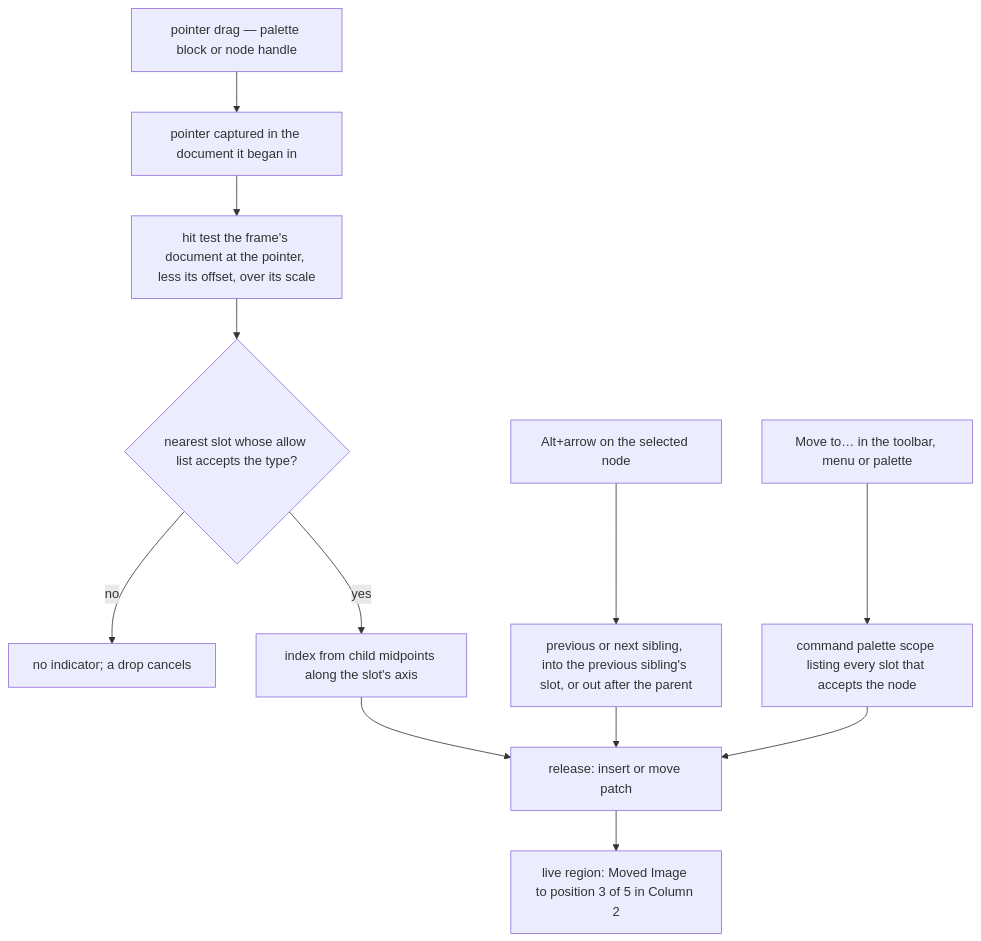
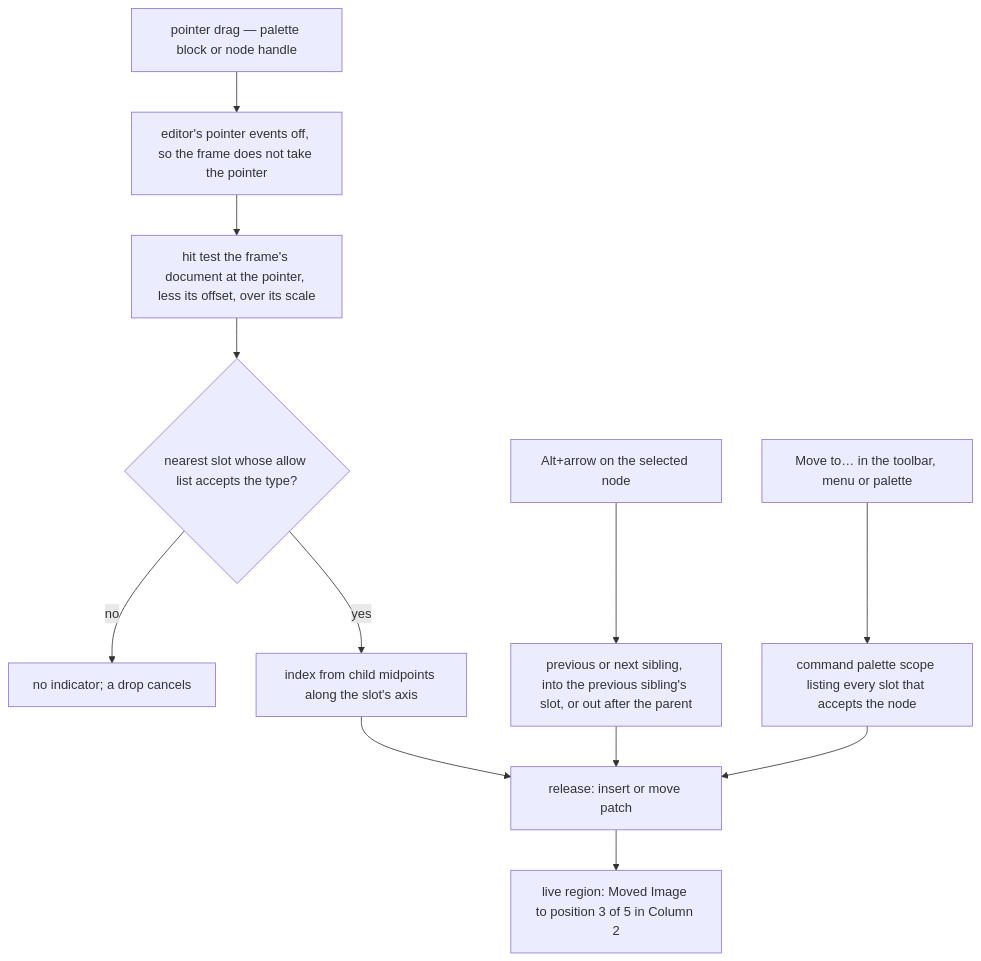
One commit to Esposter/Esposter changed the diagram in openspec/changes/resource-page-builder-canvas/design.md. Above: the diagram before and after it, drawn with Mermaid. The commit also changed other lines of this file and 3 other files, not shown here.

First line of the commit message:
fix(page-builder): let a palette drag pass the canvas frame's pointer events

````diff
--- a/openspec/changes/resource-page-builder-canvas/design.md
+++ b/openspec/changes/resource-page-builder-canvas/design.md
@@ -29,14 +29,14 @@
 ```mermaid
 flowchart TD
-  POINTER["pointer drag — palette block or node handle"] --> CAPTURE["pointer captured in the document it began in"]
+  POINTER["pointer drag — palette block or node handle"] --> CAPTURE["editor's pointer events off, so the frame does not take the pointer"]
   CAPTURE --> HIT["hit test the frame's document at the pointer, less its offset, over its scale"]
   HIT --> SLOT{"nearest slot whose allow list accepts the type?"}
   SLOT -->|no| NONE["no indicator; a drop cancels"]
   SLOT -->|yes| INDEX["index from child midpoints along the slot's axis"]
   INDEX --> DROP["release: insert or move patch"]
   KEYS["Alt+arrow on the selected node"] --> STRUCT["previous or next sibling, into the previous sibling's slot, or out after the parent"]
   STRUCT --> DROP
   MOVETO["Move to… in the toolbar, menu or palette"] --> SCOPE["command palette scope listing every slot that accepts the node"]
   SCOPE --> DROP
   DROP --> LIVE["live region: Moved Image to position 3 of 5 in Column 2"]
 ```
````
